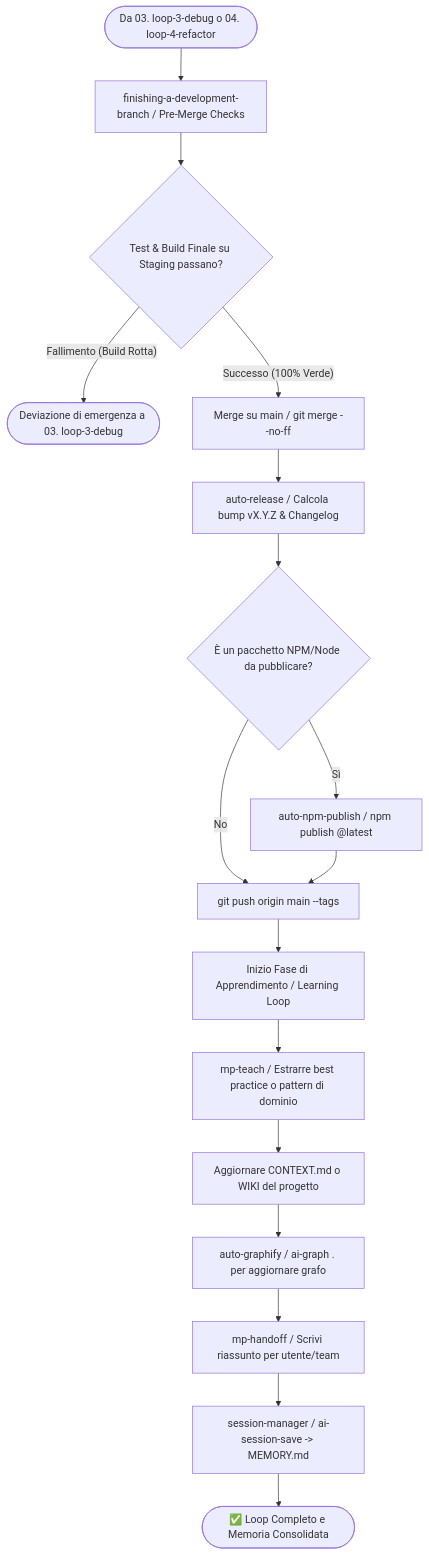
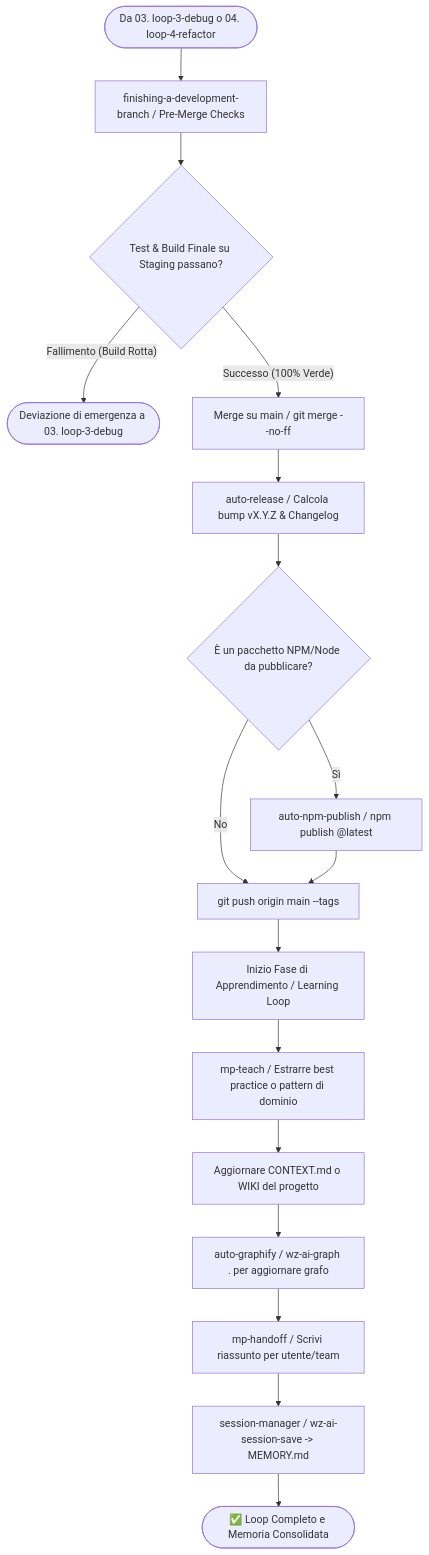
One commit to darkrei08/Wizard-AI changed the diagram in skills/misc/loop-5-release/SKILL.md. Above: the diagram before and after it, drawn with Mermaid. The commit also changed other lines of this file and 206 other files, not shown here.

````diff
--- a/skills/misc/loop-5-release/SKILL.md
+++ b/skills/misc/loop-5-release/SKILL.md
@@ -67,24 +67,24 @@
 ```mermaid
 graph TD
     Start([Da 03. loop-3-debug o 04. loop-4-refactor]) --> PreMerge[finishing-a-development-branch / Pre-Merge Checks]
     PreMerge --> FinalBuild{Test & Build Finale su Staging passano?}
     
     FinalBuild -- Fallimento (Build Rotta) --> DevDebug([Deviazione di emergenza a 03. loop-3-debug])
     FinalBuild -- Successo (100% Verde) --> MergeMain[Merge su main / git merge --no-ff]
     
     MergeMain --> SemVer[auto-release / Calcola bump vX.Y.Z & Changelog]
     SemVer --> IsNpm{È un pacchetto NPM/Node da pubblicare?}
     IsNpm -- Sì --> NpmPub[auto-npm-publish / npm publish @latest]
     IsNpm -- No --> TagPush[git push origin main --tags]
     NpmPub --> TagPush
     
     TagPush --> LearnLoop[Inizio Fase di Apprendimento / Learning Loop]
     LearnLoop --> Teach[mp-teach / Estrarre best practice o pattern di dominio]
     Teach --> UpdateCtx[Aggiornare CONTEXT.md o WIKI del progetto]
     
-    UpdateCtx --> Graph[auto-graphify / ai-graph . per aggiornare grafo]
+    UpdateCtx --> Graph[auto-graphify / wz-ai-graph . per aggiornare grafo]
     Graph --> HandoffDoc[mp-handoff / Scrivi riassunto per utente/team]
     
-    HandoffDoc --> MemSave[session-manager / ai-session-save -> MEMORY.md]
+    HandoffDoc --> MemSave[session-manager / wz-ai-session-save -> MEMORY.md]
     MemSave --> AllDone([✅ Loop Completo e Memoria Consolidata])
 ```
````
